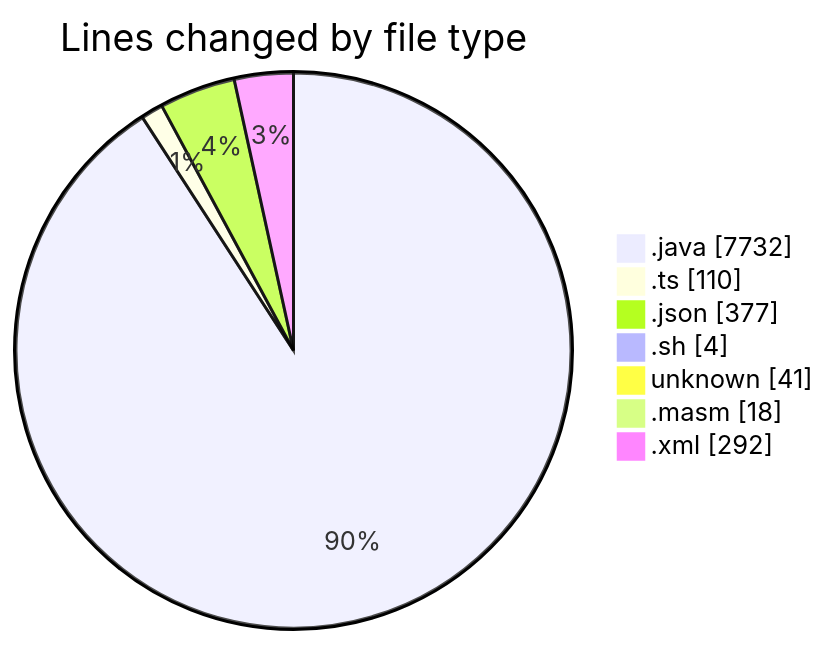
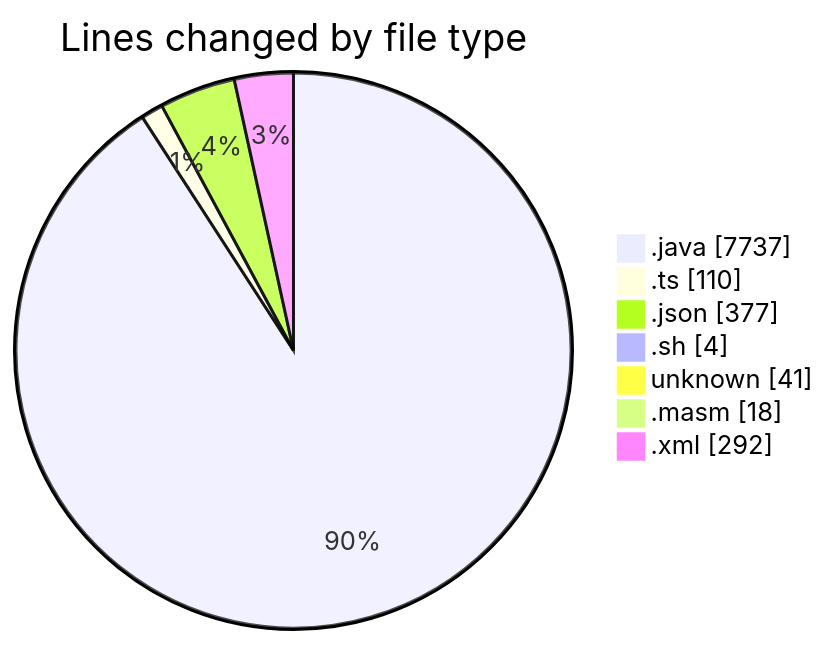
The first of 2 diagrams in 2025-02-20/micros/README.md (charlie-sans/code-tracking), drawn with Mermaid before and after one commit. The commit also changed other lines of this file and 1 other file, not shown here.

````diff
--- a/2025-02-20/micros/README.md
+++ b/2025-02-20/micros/README.md
@@ -48,11 +48,11 @@
 ```mermaid
 pie showData
 title Lines changed by file type
-".java" : 7732
+".java" : 7737
 ".ts" : 110
 ".json" : 377
 ".sh" : 4
 "unknown" : 41
 ".masm" : 18
 ".xml" : 292
 ```
````
